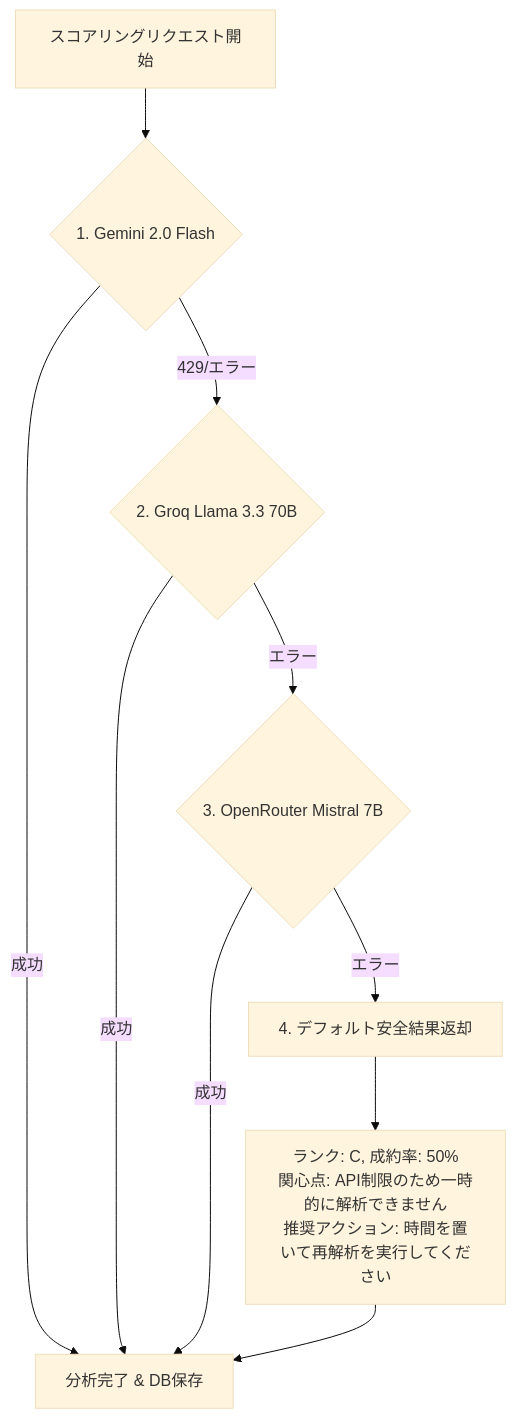
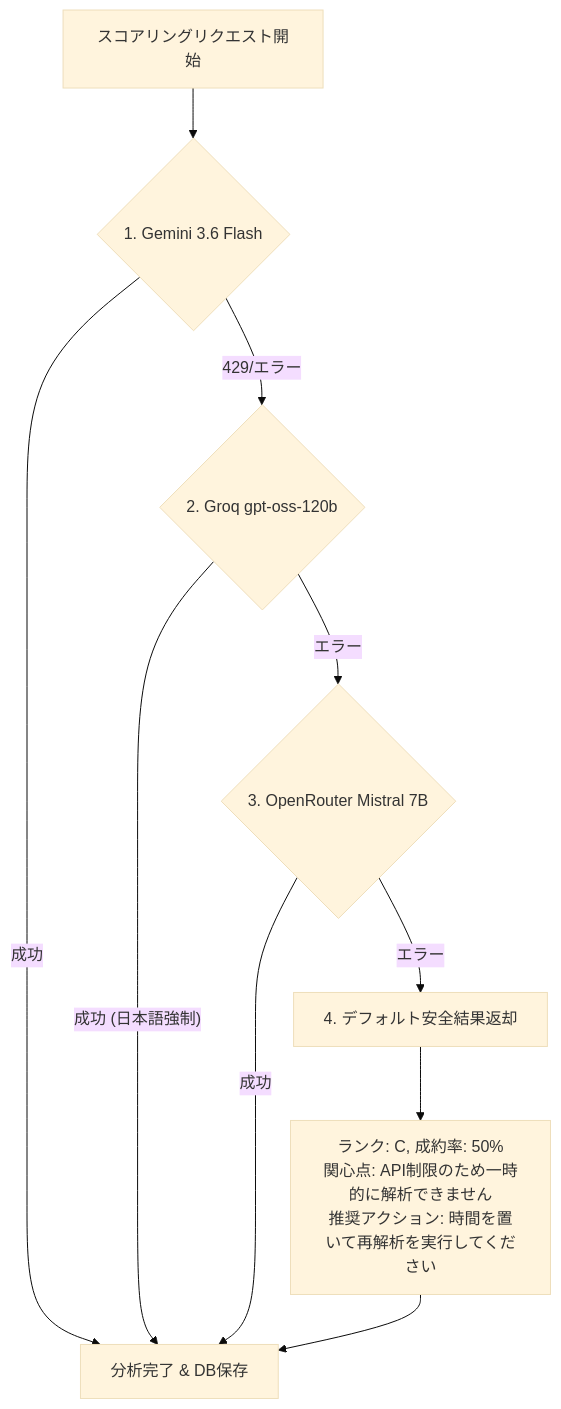
Before and after one commit to tansyu0423-creator/telesales-web-app: the diagram in docs/04_llm_prompt_spec.md, drawn with Mermaid (base theme). The commit also changed other lines of this file and 2 other files, not shown here.

````diff
--- a/docs/04_llm_prompt_spec.md
+++ b/docs/04_llm_prompt_spec.md
@@ -108,12 +107,12 @@
 ```mermaid
 graph TD
-    A[スコアリングリクエスト開始] --> B{1. Gemini 2.0 Flash}
+    A[スコアリングリクエスト開始] --> B{1. Gemini 3.6 Flash}
     B -- 成功 --> SUCCESS[分析完了 & DB保存]
-    B -- 429/エラー --> C{2. Groq Llama 3.3 70B}
-    C -- 成功 --> SUCCESS
+    B -- 429/エラー --> C{2. Groq gpt-oss-120b}
+    C -- 成功 (日本語強制) --> SUCCESS
     C -- エラー --> D{3. OpenRouter Mistral 7B}
     D -- 成功 --> SUCCESS
     D -- エラー --> SAFE[4. デフォルト安全結果返却]
     SAFE --> SAFE_RES["ランク: C, 成約率: 50%<br>関心点: API制限のため一時的に解析できません<br>推奨アクション: 時間を置いて再解析を実行してください"]
     SAFE_RES --> SUCCESS
 ```
````
